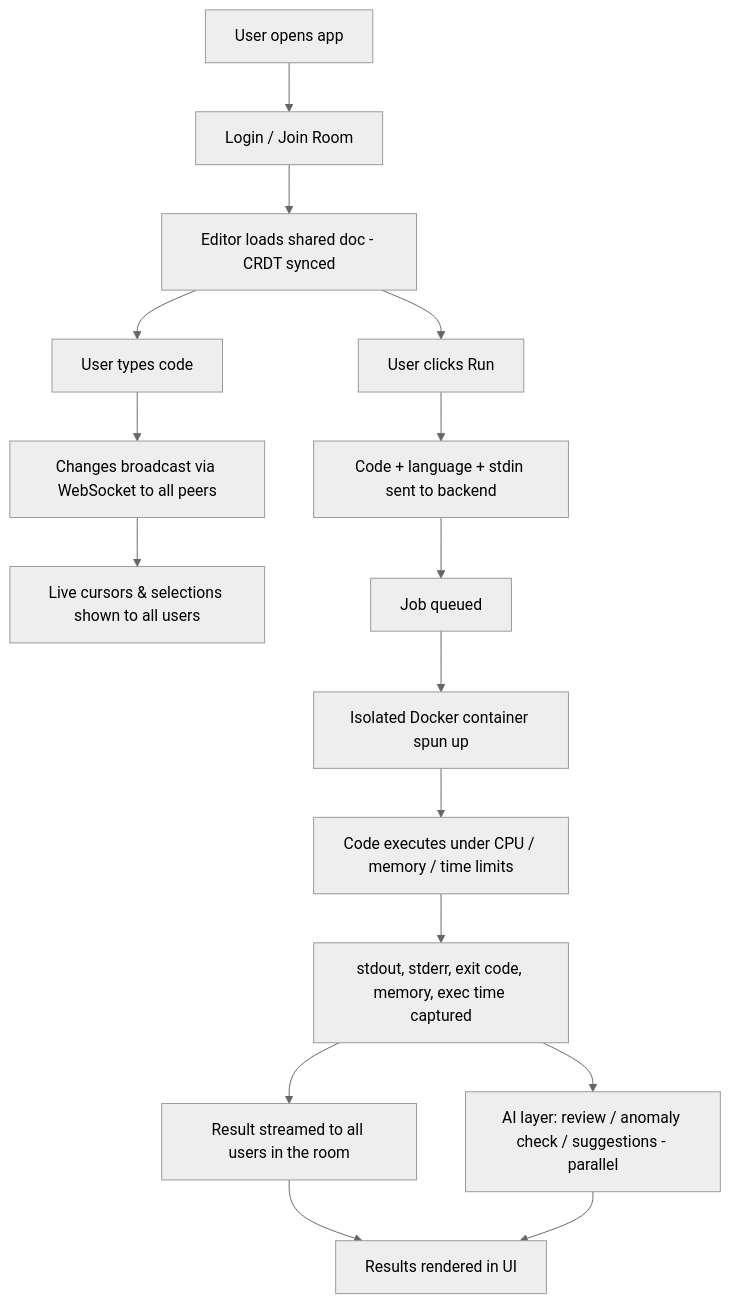
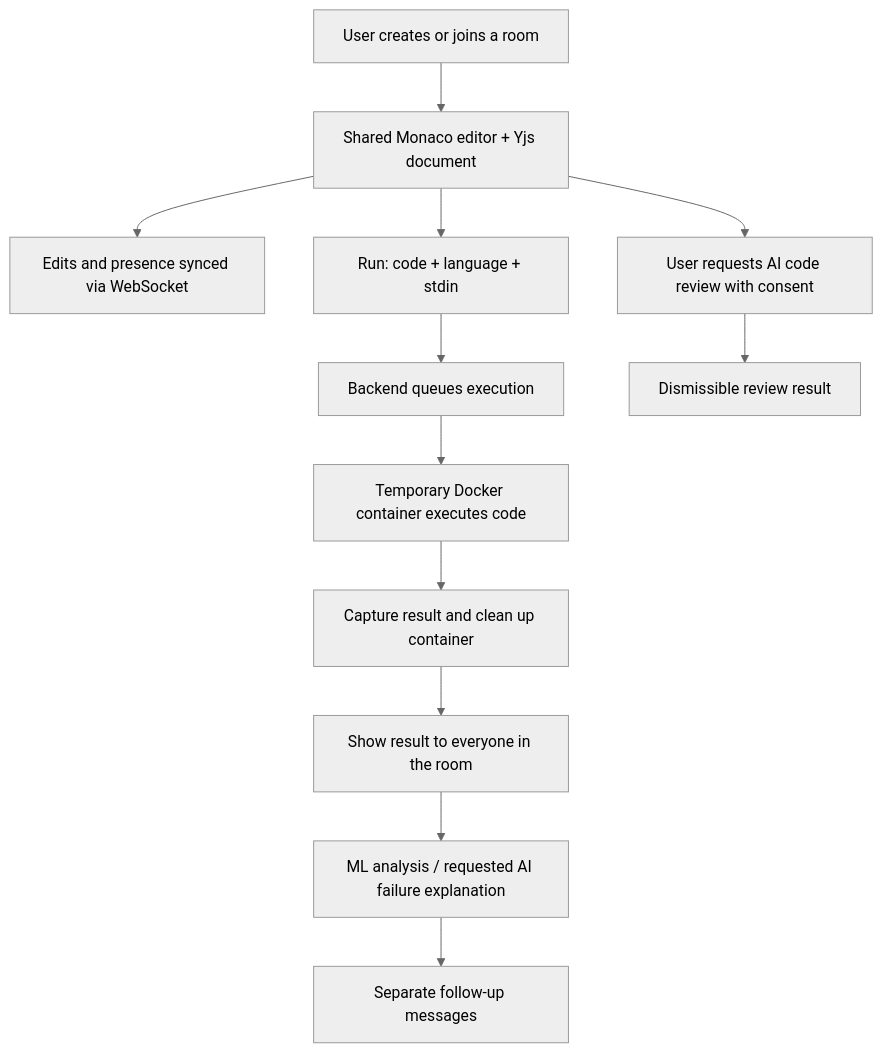
Before and after one commit to Yash-Oza-ui/collab-code-sandbox: the diagram in README.md, drawn with Mermaid (neutral theme). The commit also changed other lines of this file, not shown here.

````diff
--- a/README.md
+++ b/README.md
@@ -35,18 +39,14 @@
 ```mermaid
 flowchart TD
-    A[User opens app] --> B[Login / Join Room]
-    B --> C[Editor loads shared doc - CRDT synced]
-    C --> D[User types code]
-    D --> E[Changes broadcast via WebSocket to all peers]
-    E --> F[Live cursors & selections shown to all users]
-    C --> G[User clicks Run]
-    G --> H[Code + language + stdin sent to backend]
-    H --> I[Job queued]
-    I --> J[Isolated Docker container spun up]
-    J --> K[Code executes under CPU / memory / time limits]
-    K --> L[stdout, stderr, exit code, memory, exec time captured]
-    L --> M[Result streamed to all users in the room]
-    L --> N[AI layer: review / anomaly check / suggestions - parallel]
-    M --> O[Results rendered in UI]
-    N --> O
+    A["User creates or joins a room"] --> B["Shared Monaco editor + Yjs document"]
+    B --> C["Edits and presence synced via WebSocket"]
+    B --> D["Run: code + language + stdin"]
+    D --> E["Backend queues execution"]
+    E --> F["Temporary Docker container executes code"]
+    F --> G["Capture result and clean up container"]
+    G --> H["Show result to everyone in the room"]
+    H --> I["ML analysis / requested AI failure explanation"]
+    I --> J["Separate follow-up messages"]
+    B --> K["User requests AI code review with consent"]
+    K --> L["Dismissible review result"]
 ```
````
